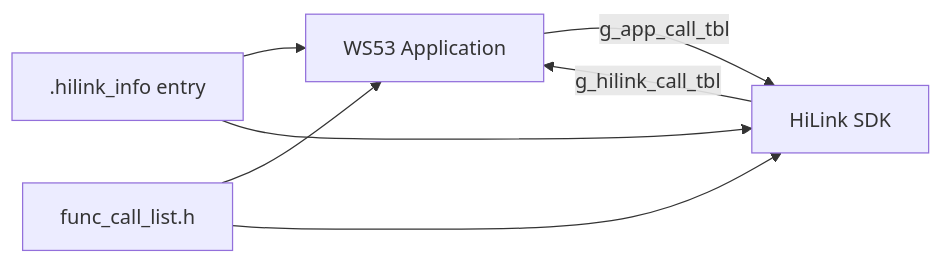
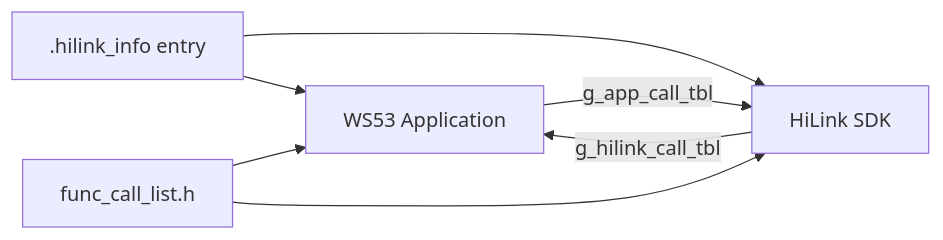
One commit to sanchuanhehe/fbb_ws53 changed the diagram in docs/zh-CN/samples/connectivity/wifi/hilink-indie-upgrade.md. Above: the diagram before and after it, drawn with Mermaid. The commit also changed other lines of this file and 16 other files, not shown here.

````diff
--- a/docs/zh-CN/samples/connectivity/wifi/hilink-indie-upgrade.md
+++ b/docs/zh-CN/samples/connectivity/wifi/hilink-indie-upgrade.md
@@ -23,9 +23,9 @@
 ```mermaid
 flowchart LR
     A[WS53 Application] -->|g_app_call_tbl| H[HiLink SDK]
     H -->|g_hilink_call_tbl| A
-    I[.hilink_info entry] --> A
-    I --> H
+    I[.hilink_info entry] --> H
+    I --> A
     F[func_call_list.h] --> A
     F --> H
 ```
````
